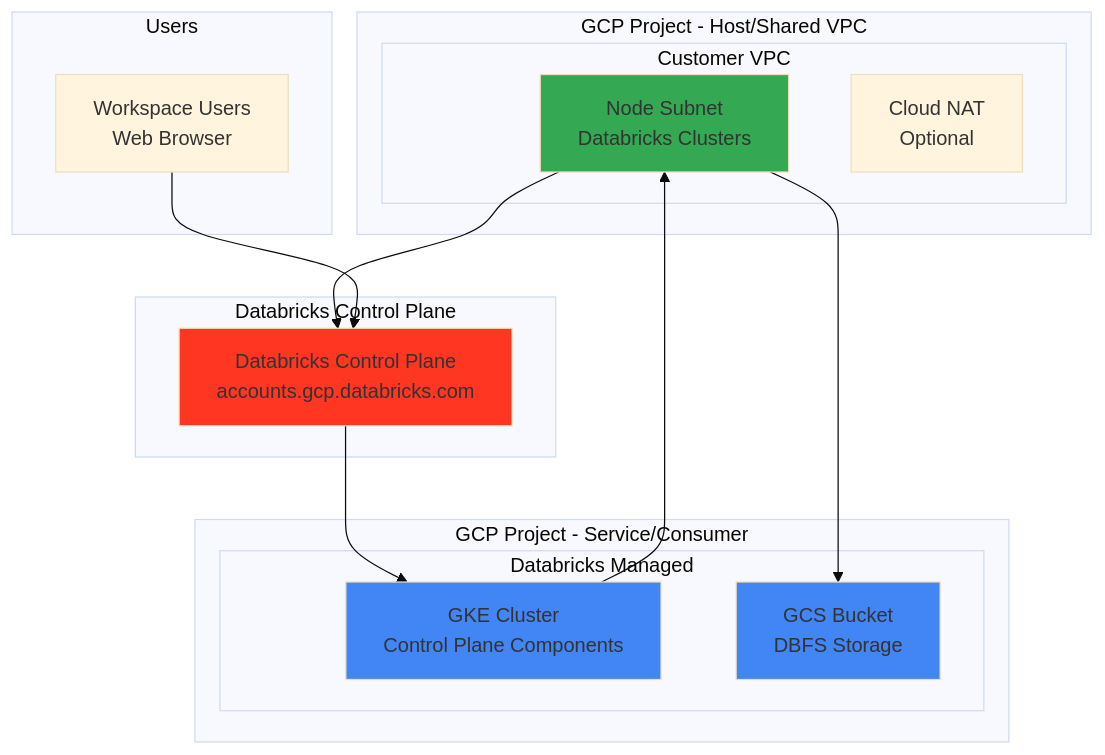
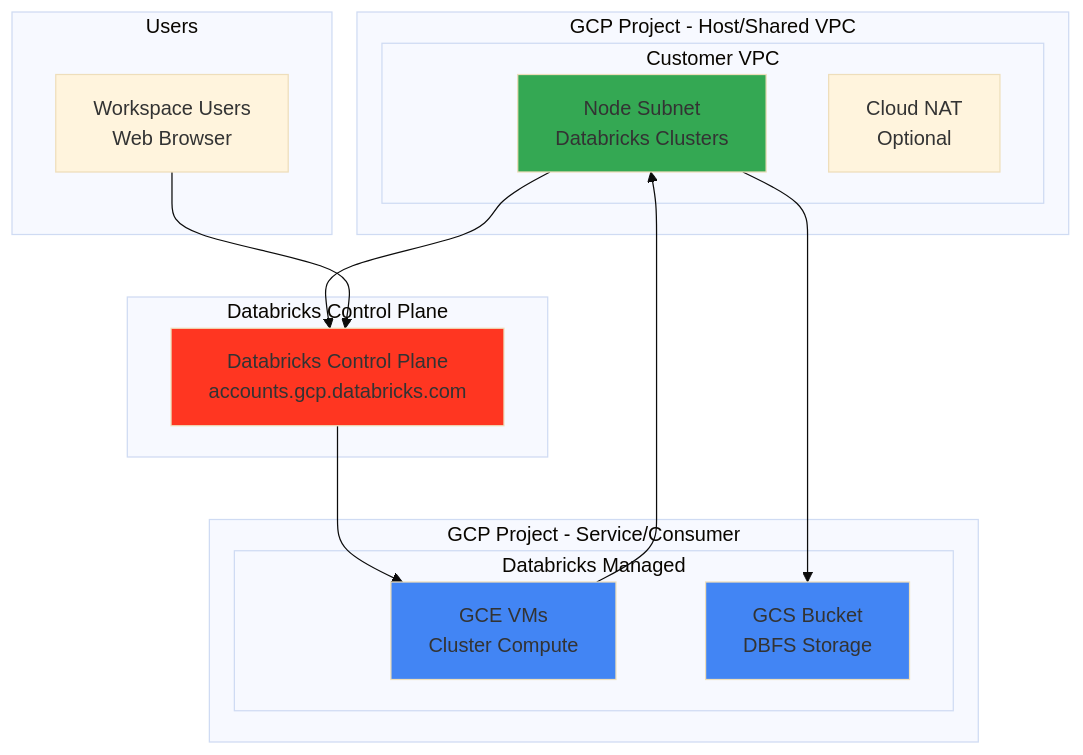
One commit to bhavink/databricks changed the first of 3 diagrams in gcpdb4u/templates/terraform-scripts/byovpc-ws/README.md. Above: the diagram before and after it, drawn with Mermaid (base theme). The commit also changed other lines of this file and 11 other files, not shown here.

First line of the commit message:
docs(gcpdb4u): remove GKE refs; classic compute is now GCE-based

````diff
--- a/gcpdb4u/templates/terraform-scripts/byovpc-ws/README.md
+++ b/gcpdb4u/templates/terraform-scripts/byovpc-ws/README.md
@@ -31,35 +31,35 @@
 ```mermaid
 graph TB
     subgraph "GCP Project - Host/Shared VPC"
         subgraph "Customer VPC"
             SUBNET[Node Subnet<br/>Databricks Clusters]
             NAT[Cloud NAT<br/>Optional]
         end
     end
 
     subgraph "GCP Project - Service/Consumer"
         subgraph "Databricks Managed"
-            GKE[GKE Cluster<br/>Control Plane Components]
+            GCE[GCE VMs<br/>Cluster Compute]
             GCS[GCS Bucket<br/>DBFS Storage]
         end
     end
 
     subgraph "Databricks Control Plane"
         CONTROL[Databricks Control Plane<br/>accounts.gcp.databricks.com]
     end
 
     subgraph "Users"
         USER[Workspace Users<br/>Web Browser]
     end
 
     SUBNET --> CONTROL
     SUBNET --> GCS
-    GKE --> SUBNET
+    GCE --> SUBNET
     USER --> CONTROL
-    CONTROL --> GKE
+    CONTROL --> GCE
 
     style CONTROL fill:#FF3621
     style GCS fill:#4285F4
-    style GKE fill:#4285F4
+    style GCE fill:#4285F4
     style SUBNET fill:#34A853
 ```
````
